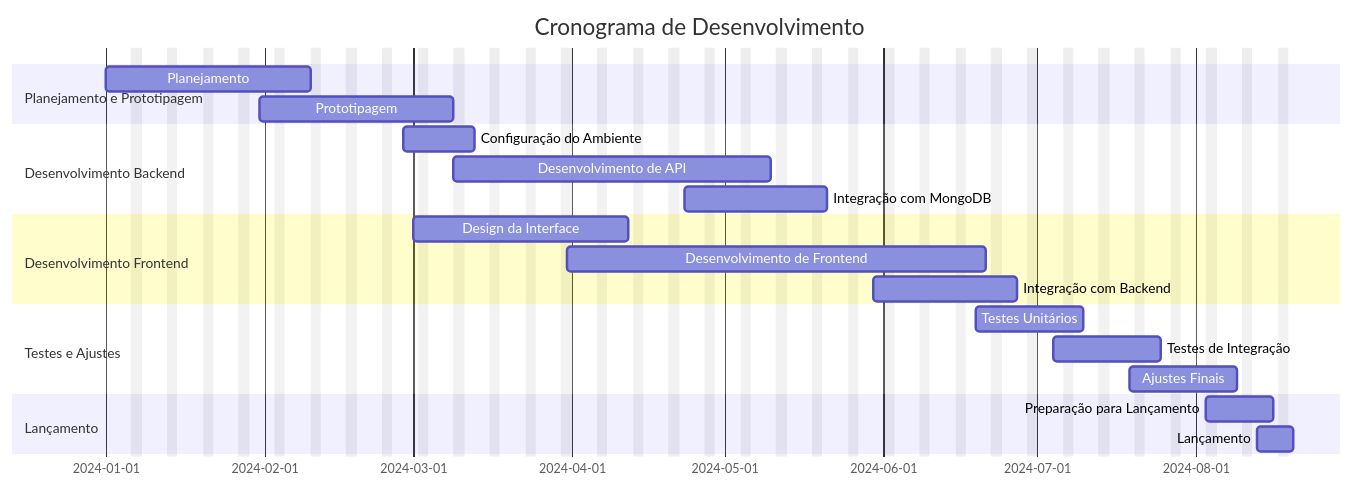
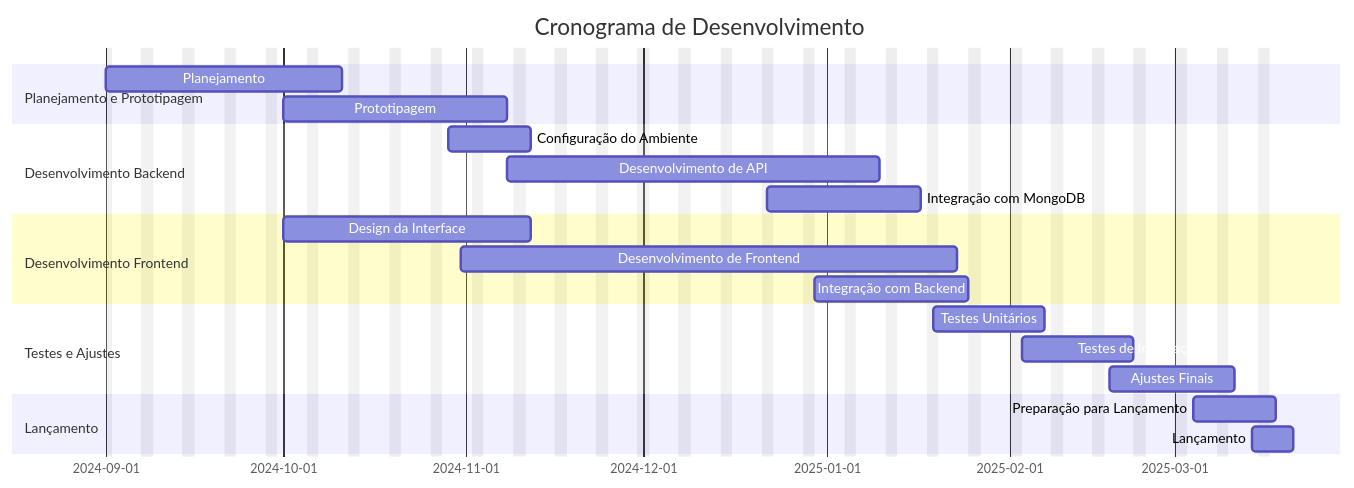
Before and after one commit to IgorOliverx/gerenciamento-filmes: the diagram in README.md, drawn with Mermaid.

````diff
--- a/README.md
+++ b/README.md
@@ -71,29 +71,30 @@
 ```mermaid
     gantt
     title Cronograma de Desenvolvimento
     dateFormat  YYYY-MM-DD
     excludes    weekends
 
     section Planejamento e Prototipagem
-    Planejamento:         des1, 2024-01-01, 30d
-    Prototipagem:         des2, 2024-01-31, 28d
+    Planejamento:         des1, 2024-09-01, 30d
+    Prototipagem:         des2, 2024-10-01, 28d
 
     section Desenvolvimento Backend
-    Configuração do Ambiente: des3, 2024-02-28, 10d
-    Desenvolvimento de API:    des4, 2024-03-09, 45d
-    Integração com MongoDB:    des5, 2024-04-23, 20d
+    Configuração do Ambiente: des3, 2024-10-29, 10d
+    Desenvolvimento de API:    des4, 2024-11-08, 45d
+    Integração com MongoDB:    des5, 2024-12-22, 20d
 
     section Desenvolvimento Frontend
-    Design da Interface:       des6, 2024-03-01, 30d
-    Desenvolvimento de Frontend: des7, 2024-03-31, 60d
-    Integração com Backend:    des8, 2024-05-30, 20d
+    Design da Interface:       des6, 2024-10-01, 30d
+    Desenvolvimento de Frontend: des7, 2024-10-31, 60d
+    Integração com Backend:    des8, 2024-12-30, 20d
 
     section Testes e Ajustes
-    Testes Unitários:           des9, 2024-06-19, 15d
-    Testes de Integração:       des10, 2024-07-04, 15d
-    Ajustes Finais:             des11, 2024-07-19, 15d
+    Testes Unitários:           des9, 2025-01-19, 15d
+    Testes de Integração:       des10, 2025-02-03, 15d
+    Ajustes Finais:             des11, 2025-02-18, 15d
 
     section Lançamento
-    Preparação para Lançamento: des12, 2024-08-03, 10d
-    Lançamento:                 des13, 2024-08-13, 5d
+    Preparação para Lançamento: des12, 2025-03-04, 10d
+    Lançamento:                 des13, 2025-03-14, 5d
+
 ```
````
